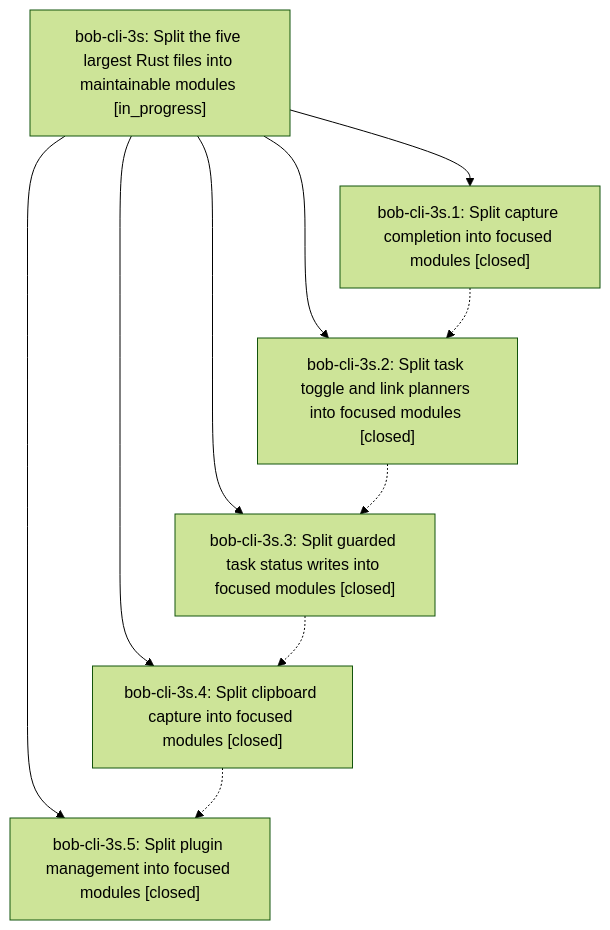
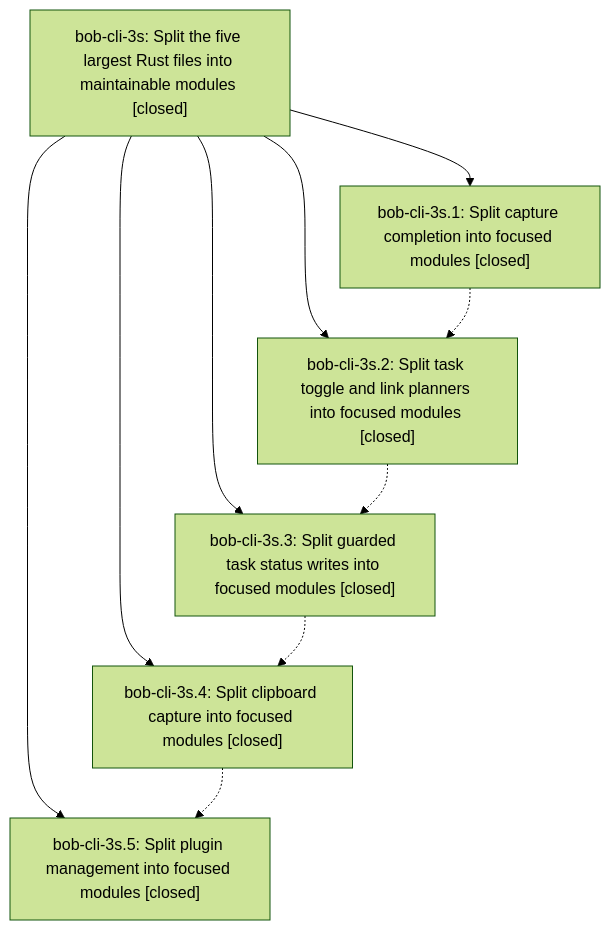
Before and after one commit to bobs-org/bob-cli--beads: the diagram in pages/bob-cli-3s/README.md, drawn with Mermaid (forest theme). The commit also changed other lines of this file, not shown here.

First line of the commit message:
chore(beads): sync bead state and pages for bob-cli-3s

````diff
--- a/pages/bob-cli-3s/README.md
+++ b/pages/bob-cli-3s/README.md
@@ -26,18 +32,18 @@
 ```mermaid
 flowchart TD
-    n0["bob-cli-3s: Split the five largest Rust files into maintainable modules [in_progress]"]
+    n0["bob-cli-3s: Split the five largest Rust files into maintainable modules [closed]"]
     n1["bob-cli-3s.1: Split capture completion into focused modules [closed]"]
     n2["bob-cli-3s.2: Split task toggle and link planners into focused modules [closed]"]
     n3["bob-cli-3s.3: Split guarded task status writes into focused modules [closed]"]
     n4["bob-cli-3s.4: Split clipboard capture into focused modules [closed]"]
     n5["bob-cli-3s.5: Split plugin management into focused modules [closed]"]
     n0 --> n1
     n0 --> n2
     n0 --> n3
     n0 --> n4
     n0 --> n5
     n1 -.-> n2
     n2 -.-> n3
     n3 -.-> n4
     n4 -.-> n5
 ```
````
